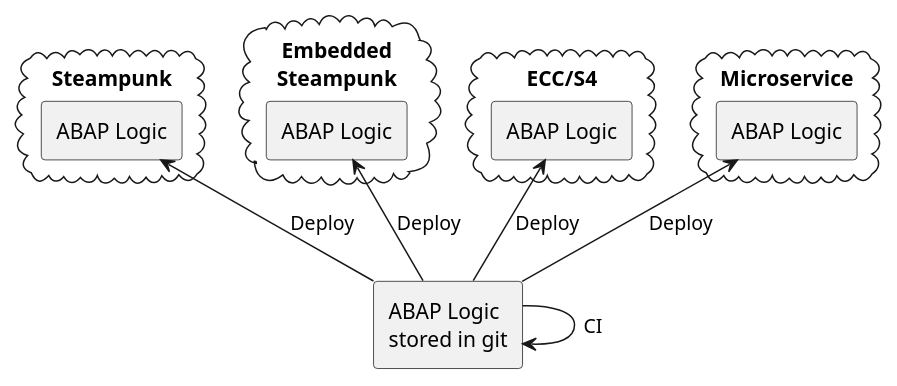
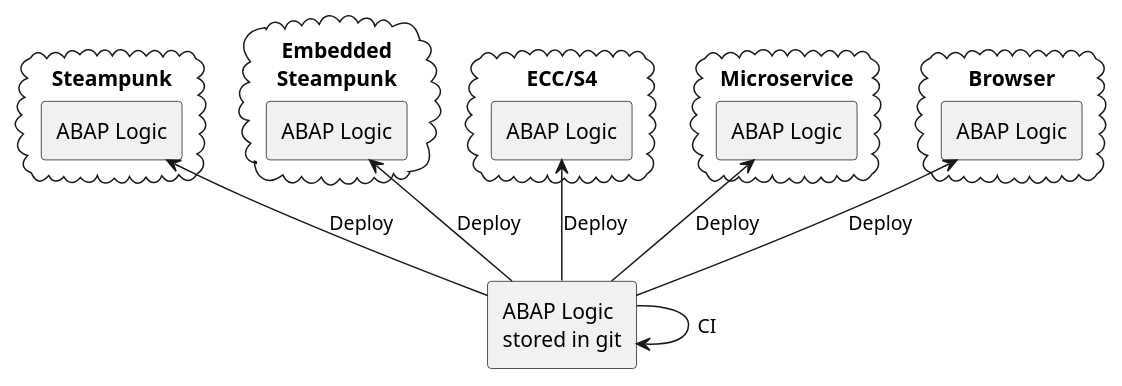
Before and after one commit to heliconialabs/moving-abap-workloads-to-serverless: the second of 2 diagrams in src/development.adoc, drawn with PlantUML.

Commit message:
add browser as possible target

```diff
--- a/src/development.adoc
+++ b/src/development.adoc
@@ -52,28 +52,33 @@
 [plantuml]
 ....
 skinparam monochrome true
 
 rectangle "ABAP Logic\nstored in git" as logic
 logic -> logic: CI
 
 cloud Steampunk {
   rectangle "ABAP Logic" as logic1
 }
 
 cloud "Embedded\nSteampunk" {
   rectangle "ABAP Logic" as logic2
 }
 
 cloud "ECC/S4" {
   rectangle "ABAP Logic" as logic3
 }
 
 cloud "Microservice" {
   rectangle "ABAP Logic" as logic4
 }
 
+cloud "Browser" {
+  rectangle "ABAP Logic" as logic5
+}
+
 logic -up-> logic1: Deploy
 logic -up-> logic2: Deploy
 logic -up-> logic3: Deploy
 logic -up-> logic4: Deploy
+logic -up-> logic5: Deploy
 ....
```
